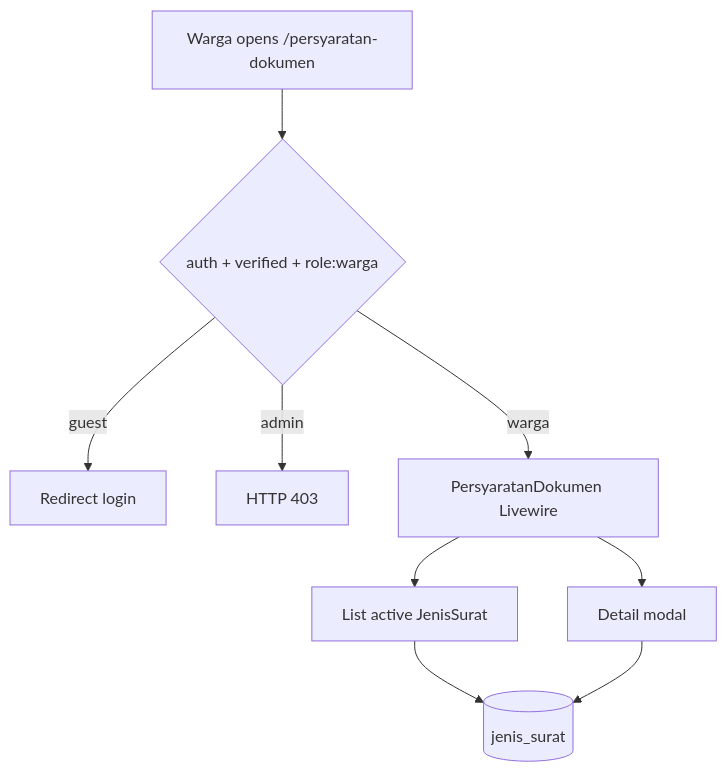
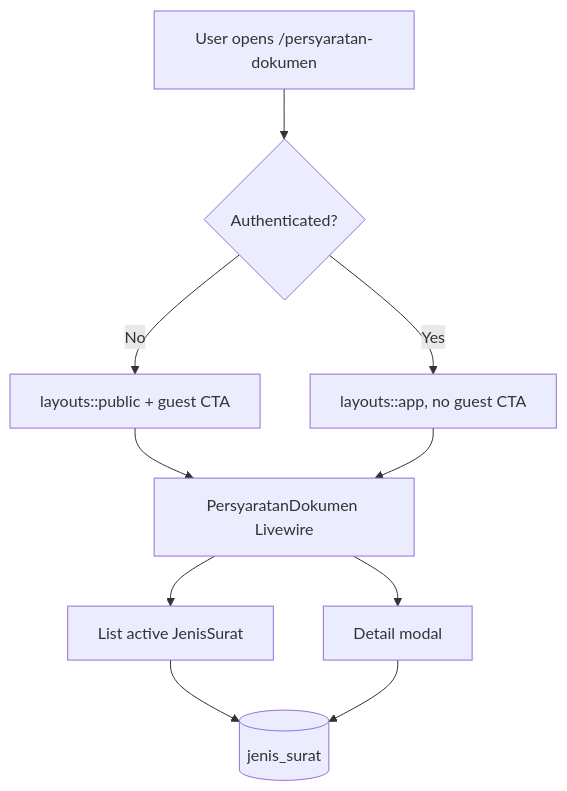
One commit to ZulfikarHD/sistem-desa changed the first of 2 diagrams in docs/dev-docs/features/persyaratan-dokumen.md. Above: the diagram before and after it, drawn with Mermaid. The commit also changed other lines of this file and 25 other files, not shown here.

First line of the commit message:
feat(persyaratan): tambah akses publik persyaratan dokumen tanpa login (US-2.3)

````diff
--- a/docs/dev-docs/features/persyaratan-dokumen.md
+++ b/docs/dev-docs/features/persyaratan-dokumen.md
@@ -9,11 +9,12 @@
 ```mermaid
 flowchart TD
-    A[Warga opens /persyaratan-dokumen] --> B{auth + verified + role:warga}
-    B -->|guest| C[Redirect login]
-    B -->|admin| D[HTTP 403]
-    B -->|warga| E[PersyaratanDokumen Livewire]
+    A[User opens /persyaratan-dokumen] --> B{Authenticated?}
+    B -->|No| C[layouts::public + guest CTA]
+    B -->|Yes| D[layouts::app, no guest CTA]
+    C --> E[PersyaratanDokumen Livewire]
+    D --> E
     E --> F[List active JenisSurat]
     E --> G[Detail modal]
     F --> H[(jenis_surat)]
     G --> H
 ```
````
